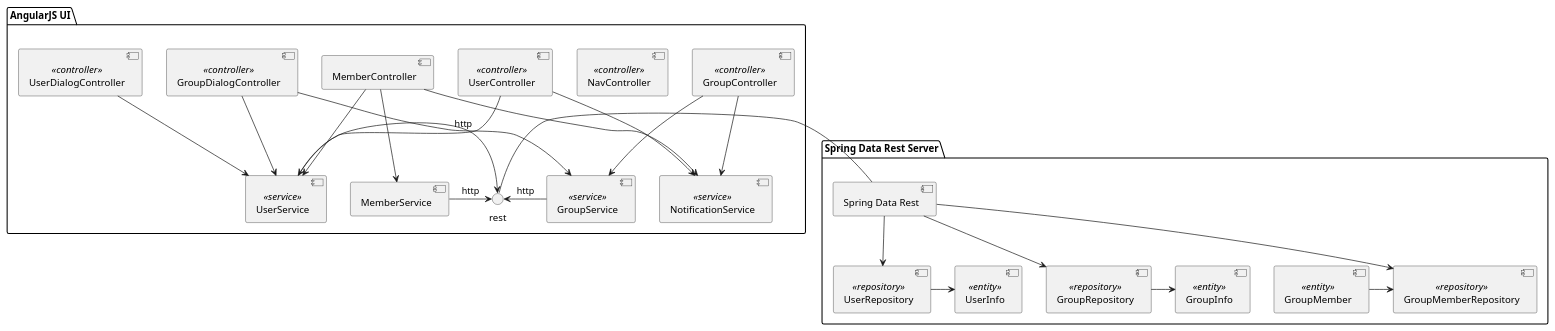
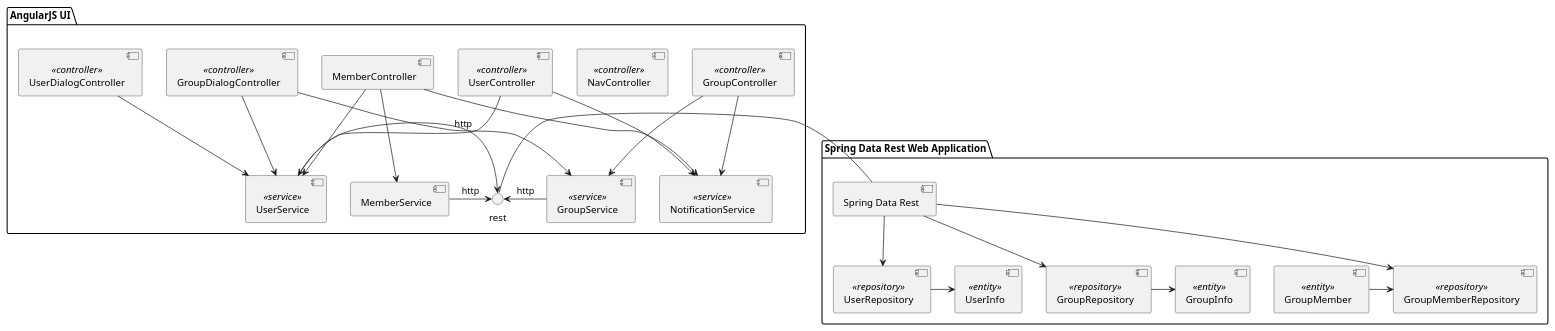
Before and after one commit to corneil/spring-data-rest-angular-demo: the diagram in src/docs/images/spring-data-rest-demo-components-initial.puml, drawn with PlantUML. The commit also changed 87 other files, not shown here.

```diff
--- a/src/docs/images/spring-data-rest-demo-components-initial.puml
+++ b/src/docs/images/spring-data-rest-demo-components-initial.puml
@@ -1,43 +1,43 @@
 @startuml
 
 package "AngularJS UI" {
     [NavController] << controller >>
     [NotificationService] << service >>
     [UserController] << controller >>
     [UserService] << service >>
     [UserDialogController] << controller >>
     [UserController] -down-> [UserService]
     [UserController] -down-> [NotificationService]
     [UserDialogController] -down-> [UserService]
     [UserService] -right-> rest : http
     [GroupController] << controller >>
     [GroupService] << service >>
     [GroupDialogController] << controller >>
     [GroupDialogController] -down-> [UserService]
     [GroupController] -down-> [GroupService]
     [GroupController] -down-> [NotificationService]
     [GroupDialogController] -down-> [GroupService]
     [GroupService] -left-> rest : http
     [MemberController] -down-> [MemberService]
     [MemberController] -> [NotificationService]
     [MemberController] -down-> [UserService]
     [MemberService] -> rest : http
 }
 
-package "Spring Data Rest Server" {
+package "Spring Data Rest Web Application" {
     [UserInfo] << entity >>
     [GroupInfo] << entity >>
     [GroupMember] << entity >>
     [UserRepository] << repository >>
     [GroupRepository] << repository >>
     [GroupMemberRepository] << repository >>
     [UserRepository] -> [UserInfo]
     [GroupRepository] -> [GroupInfo]
     [GroupMember] -> [GroupMemberRepository]
     rest - [Spring Data Rest]
     [Spring Data Rest] --> [UserRepository]
     [Spring Data Rest] --> [GroupRepository]
     [Spring Data Rest] --> [GroupMemberRepository]
 }
 
 @enduml
```
